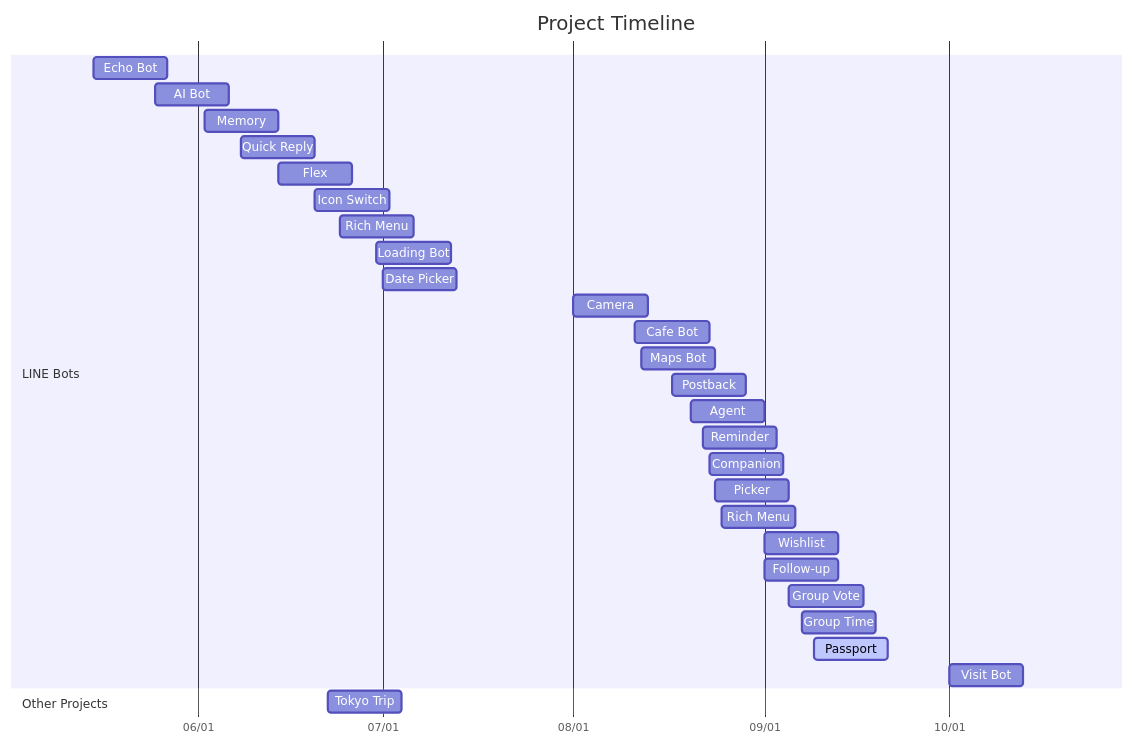
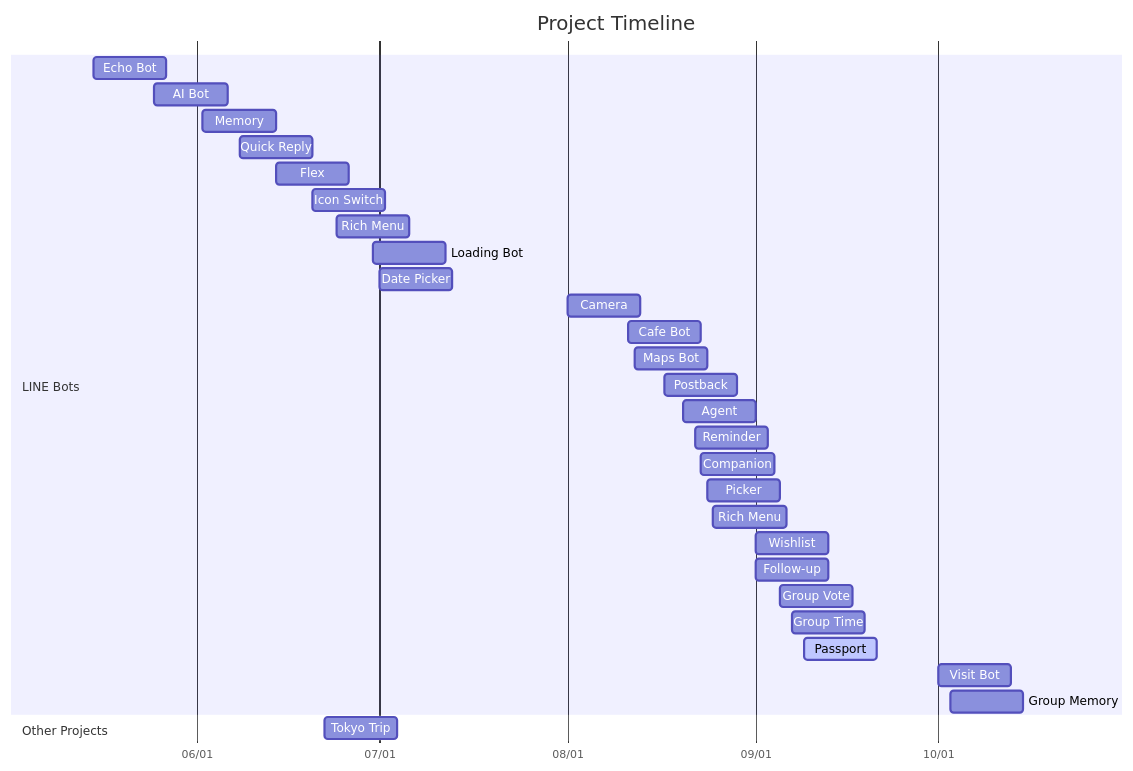
Before and after one commit to zonawang/zona-ai-learning-lab: the diagram in README.md, drawn with Mermaid. The commit also changed other lines of this file, not shown here.

Commit message:
docs: add LINE Visit Bot group memory

````diff
--- a/README.md
+++ b/README.md
@@ -16,36 +16,37 @@
 ```mermaid
 %%{init: {"gantt": {"rightPadding": 180}}}%%
 gantt
     title Project Timeline
     dateFormat YYYY-MM-DD
     axisFormat %m/%d
 
     section LINE Bots
     Echo Bot      :p1, 2026-05-15, 12d
     AI Bot        :p2, 2026-05-25, 12d
     Memory        :p3, 2026-06-02, 12d
     Quick Reply   :p4, 2026-06-08, 12d
     Flex          :p5, 2026-06-14, 12d
     Icon Switch   :p6, 2026-06-20, 12d
     Rich Menu     :p8, 2026-06-24, 12d
     Loading Bot   :p9, 2026-06-30, 12d
     Date Picker   :p10, 2026-07-01, 12d
     Camera        :p11, 2026-08-01, 12d
     Cafe Bot      :p12, 2026-08-11, 12d
     Maps Bot      :p13, 2026-08-12, 12d
     Postback      :p14, 2026-08-17, 12d
     Agent         :p15, 2026-08-20, 12d
     Reminder      :p16, 2026-08-22, 12d
     Companion     :p17, 2026-08-23, 12d
     Picker        :p18, 2026-08-24, 12d
     Rich Menu     :p19, 2026-08-25, 12d
     Wishlist      :p20, 2026-09-01, 12d
     Follow-up     :p21, 2026-09-01, 12d
     Group Vote    :p22, 2026-09-05, 12d
     Group Time    :p23, 2026-09-07, 12d
     Passport      :active, p24, 2026-09-09, 12d
     Visit Bot     :p25, 2026-10-01, 12d
+    Group Memory  :p26, 2026-10-03, 12d
 
     section Other Projects
     Tokyo Trip    :p7, 2026-06-22, 12d
 ```
````
